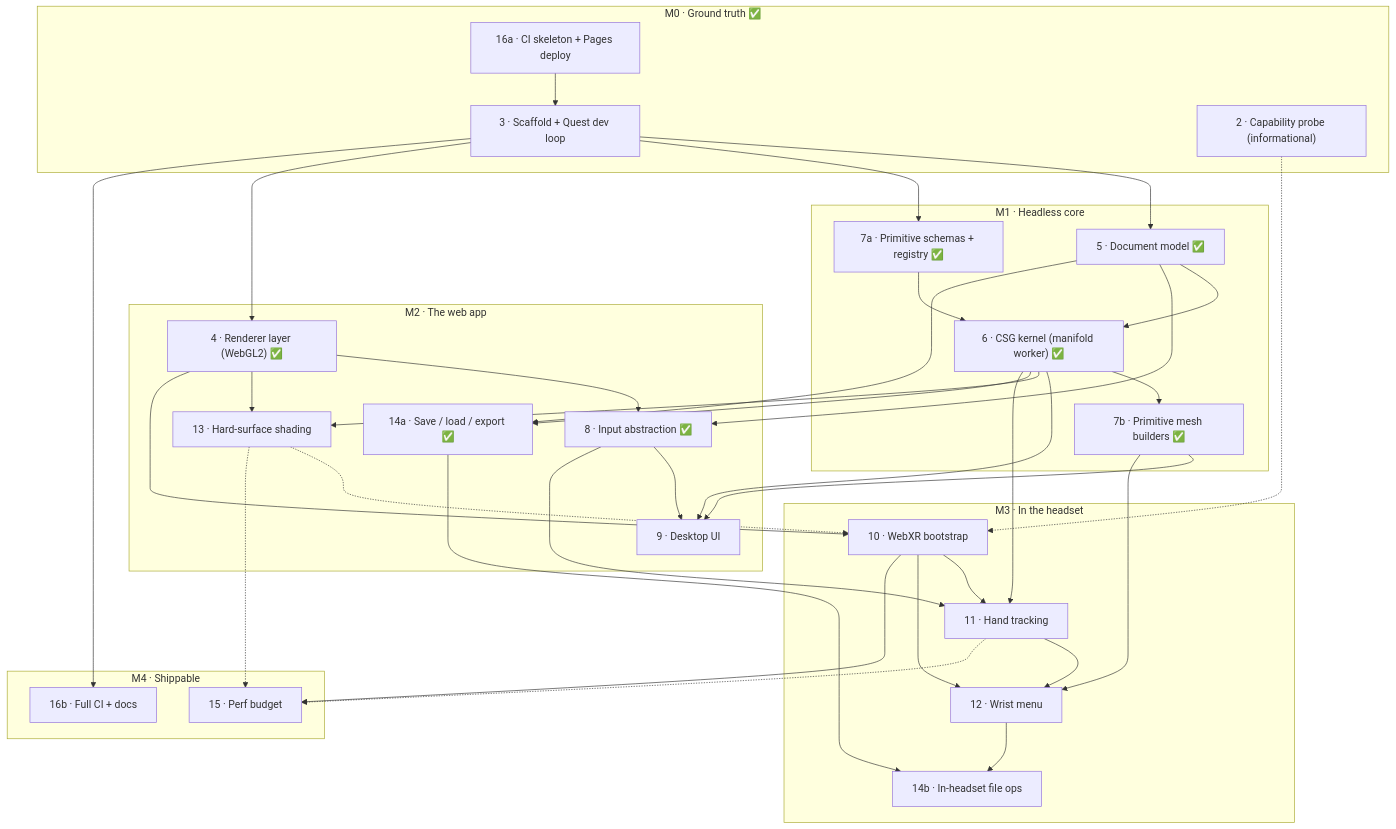
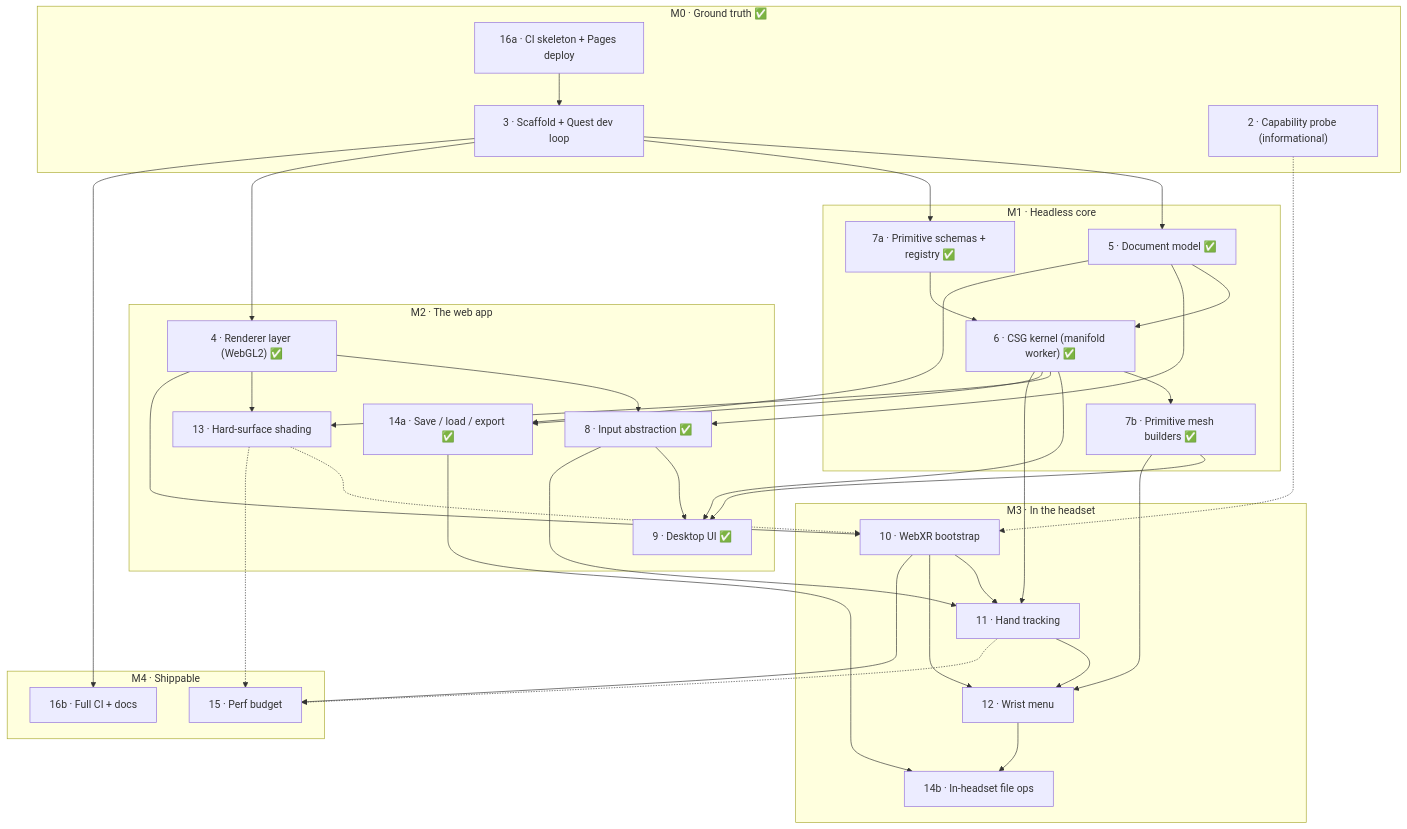
Before and after one commit to kruddage/carve: the diagram in docs/roadmap.md, drawn with Mermaid. The commit also changed other lines of this file and 34 other files, not shown here.

````diff
--- a/docs/roadmap.md
+++ b/docs/roadmap.md
@@ -36,71 +36,71 @@
 ```mermaid
 graph TD
     subgraph M0["M0 · Ground truth ✅"]
         I16a["16a · CI skeleton + Pages deploy"]
         I3["3 · Scaffold + Quest dev loop"]
         I2["2 · Capability probe (informational)"]
     end
 
     subgraph M1["M1 · Headless core"]
         I5["5 · Document model ✅"]
         I7a["7a · Primitive schemas + registry ✅"]
         I6["6 · CSG kernel (manifold worker) ✅"]
         I7b["7b · Primitive mesh builders ✅"]
     end
 
     subgraph M2["M2 · The web app"]
         I4["4 · Renderer layer (WebGL2) ✅"]
         I8["8 · Input abstraction ✅"]
-        I9["9 · Desktop UI"]
+        I9["9 · Desktop UI ✅"]
         I13["13 · Hard-surface shading"]
         I14a["14a · Save / load / export ✅"]
     end
 
     subgraph M3["M3 · In the headset"]
         I10["10 · WebXR bootstrap"]
         I11["11 · Hand tracking"]
         I12["12 · Wrist menu"]
         I14b["14b · In-headset file ops"]
     end
 
     subgraph M4["M4 · Shippable"]
         I15["15 · Perf budget"]
         I16b["16b · Full CI + docs"]
     end
 
     I16a --> I3
     I3 --> I5
     I3 --> I7a
     I3 --> I4
     I3 --> I16b
 
     I5 --> I6
     I7a --> I6
     I6 --> I7b
 
     I5 --> I8
     I4 --> I8
     I6 --> I9
     I7b --> I9
     I8 --> I9
     I4 --> I13
     I6 --> I13
     I5 --> I14a
     I6 --> I14a
 
     I4 --> I10
     I2 -.-> I10
     I6 --> I11
     I8 --> I11
     I10 --> I11
     I7b --> I12
     I10 --> I12
     I11 --> I12
     I12 --> I14b
     I14a --> I14b
     I13 -.-> I10
 
     I10 --> I15
     I11 -.-> I15
     I13 -.-> I15
 ```
````
